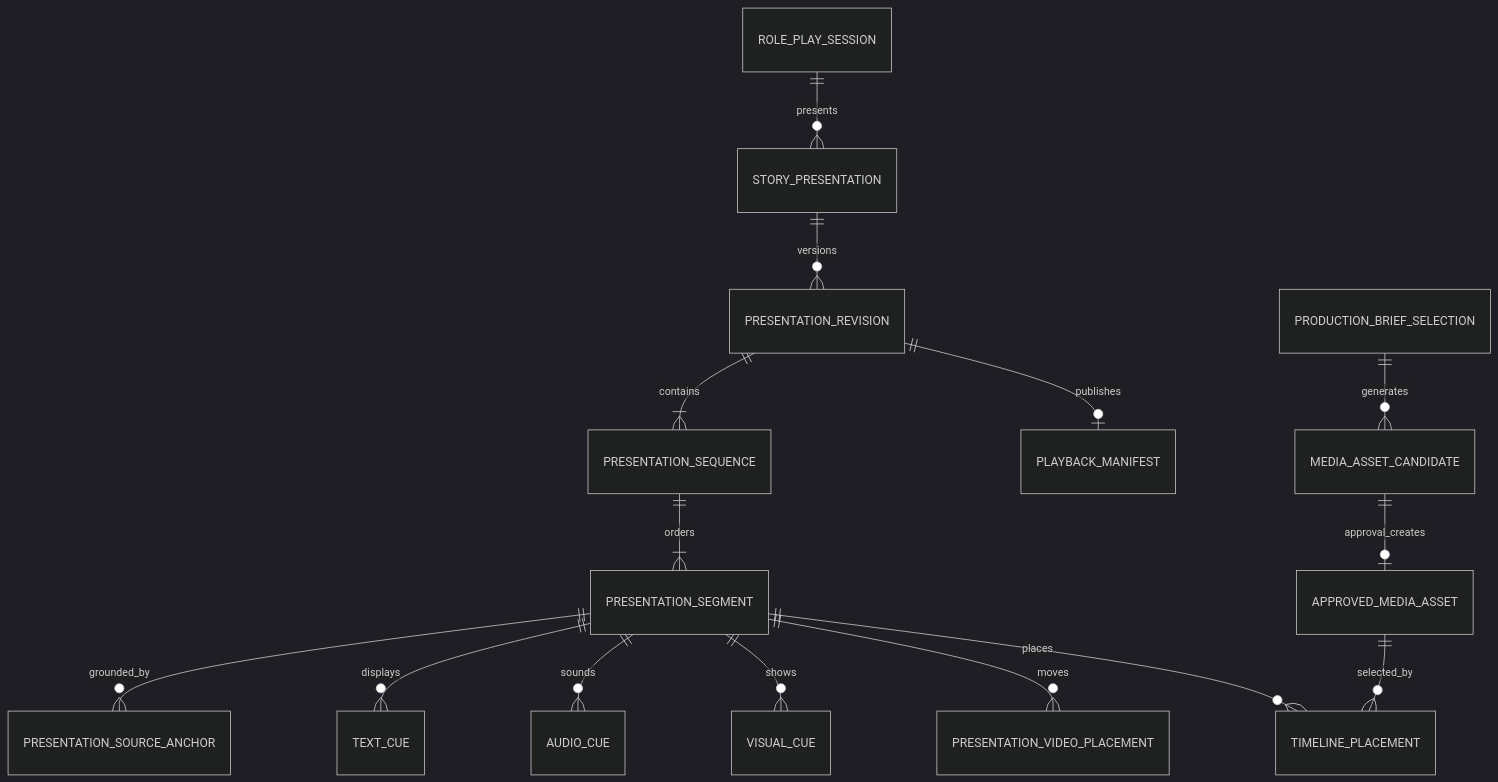
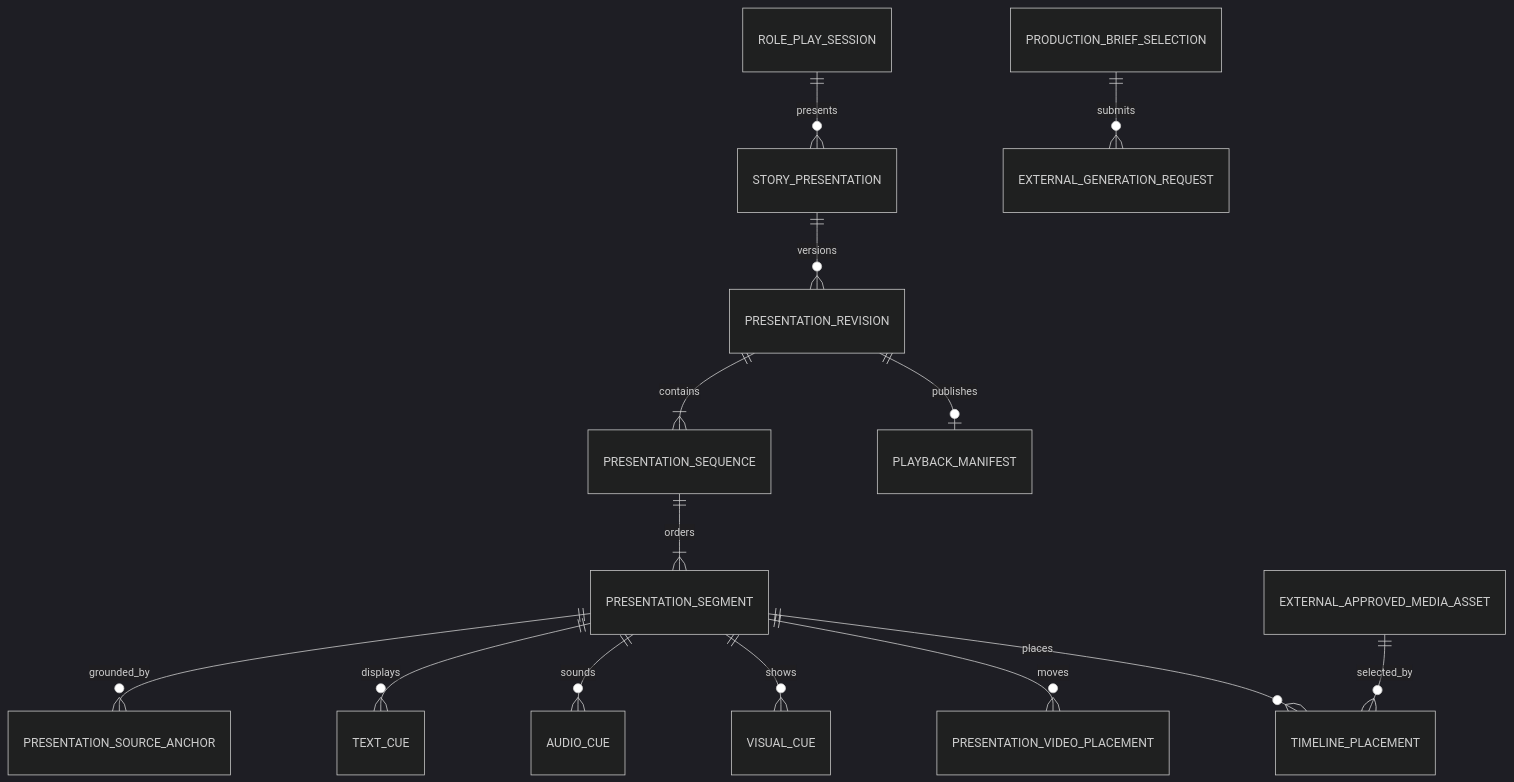
One commit to DaturaInoxia/DreamGenClone changed the diagram in specs/Planning/B-101-story-presentation-timeline/data-model.md. Above: the diagram before and after it, drawn with Mermaid (dark theme). The commit also changed other lines of this file and 20 other files, not shown here.

````diff
--- a/specs/Planning/B-101-story-presentation-timeline/data-model.md
+++ b/specs/Planning/B-101-story-presentation-timeline/data-model.md
@@ -5,17 +5,16 @@
 ```mermaid
 erDiagram
     ROLE_PLAY_SESSION ||--o{ STORY_PRESENTATION : presents
     STORY_PRESENTATION ||--o{ PRESENTATION_REVISION : versions
     PRESENTATION_REVISION ||--|{ PRESENTATION_SEQUENCE : contains
     PRESENTATION_SEQUENCE ||--|{ PRESENTATION_SEGMENT : orders
     PRESENTATION_SEGMENT ||--o{ PRESENTATION_SOURCE_ANCHOR : grounded_by
     PRESENTATION_SEGMENT ||--o{ TEXT_CUE : displays
     PRESENTATION_SEGMENT ||--o{ AUDIO_CUE : sounds
     PRESENTATION_SEGMENT ||--o{ VISUAL_CUE : shows
     PRESENTATION_SEGMENT ||--o{ PRESENTATION_VIDEO_PLACEMENT : moves
-    PRODUCTION_BRIEF_SELECTION ||--o{ MEDIA_ASSET_CANDIDATE : generates
-    MEDIA_ASSET_CANDIDATE ||--o| APPROVED_MEDIA_ASSET : approval_creates
+    PRODUCTION_BRIEF_SELECTION ||--o{ EXTERNAL_GENERATION_REQUEST : submits
     PRESENTATION_SEGMENT ||--o{ TIMELINE_PLACEMENT : places
-    APPROVED_MEDIA_ASSET ||--o{ TIMELINE_PLACEMENT : selected_by
+    EXTERNAL_APPROVED_MEDIA_ASSET ||--o{ TIMELINE_PLACEMENT : selected_by
     PRESENTATION_REVISION ||--o| PLAYBACK_MANIFEST : publishes
 ```
````
